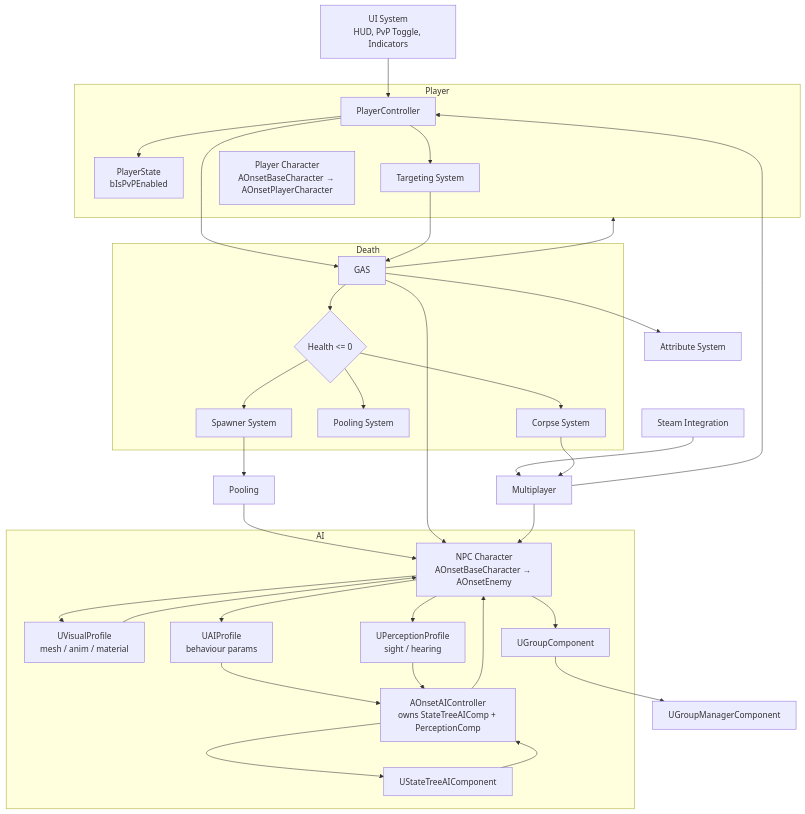
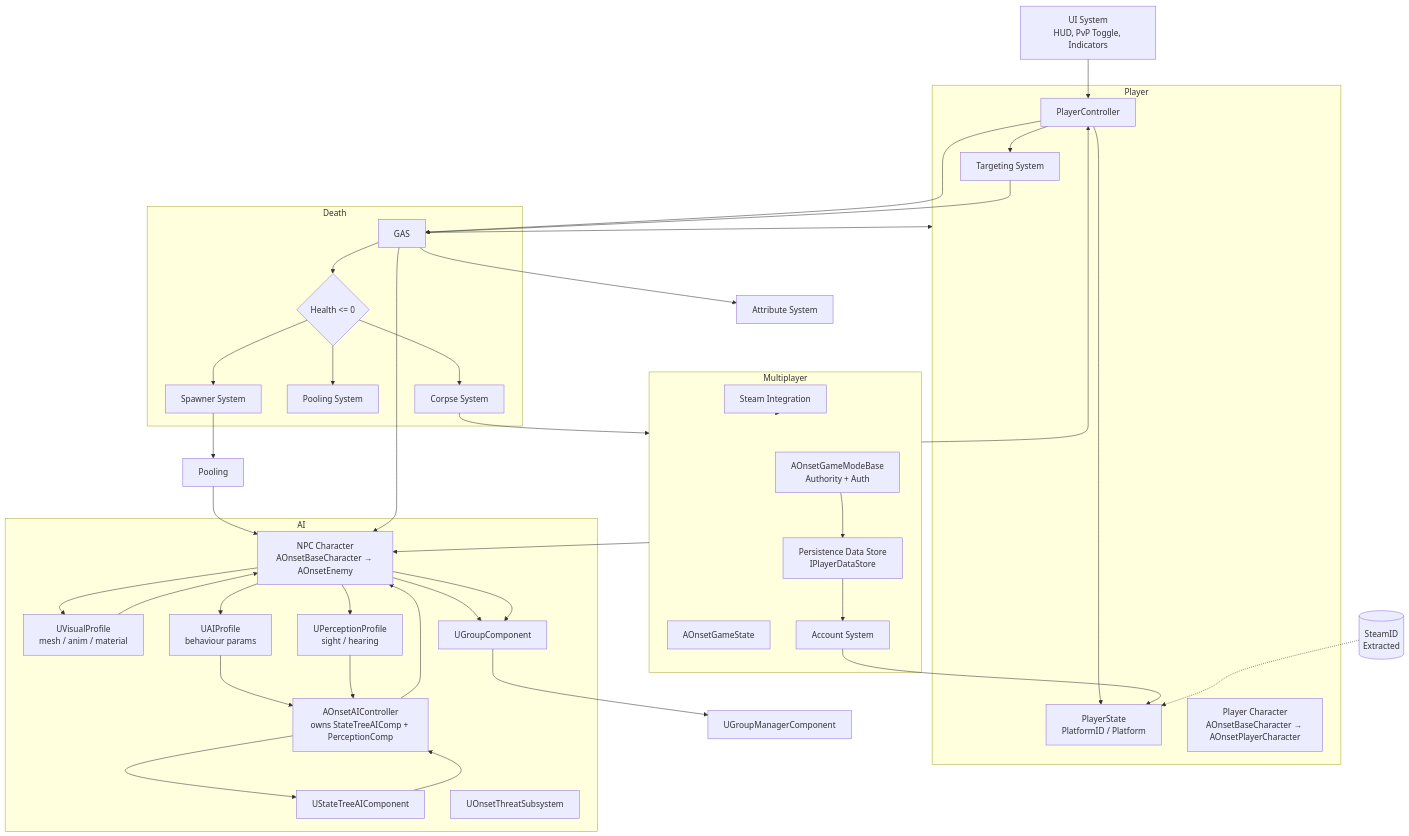
Before and after one commit to maximoh-mmo/PortfolioTutorial: the diagram in Docs/Architecture/Architecture Overview.md, drawn with Mermaid. The commit also changed other lines of this file and 10 other files, not shown here.

First line of the commit message:
docs: update architecture, multiplayer, steam, and planning docs for A5 completion

````diff
--- a/Docs/Architecture/Architecture Overview.md
+++ b/Docs/Architecture/Architecture Overview.md
@@ -26,57 +28,71 @@
 ```mermaid
 flowchart TD
     UI[UI System<br/>HUD, PvP Toggle, Indicators] --> PC[PlayerController]
     PC --> PS[PlayerState<br/>bIsPvPEnabled]
     PC --> Targeting[Targeting System]
     PC --> GAS
 
     Targeting --> GAS
     GAS --> Attributes[Attribute System]
 
     subgraph Player
         PC
         PS
         Targeting
         PlayerChar[Player Character<br/>AOnsetBaseCharacter → AOnsetPlayerCharacter]
     end
 
     subgraph AI
         NPC[NPC Character<br/>AOnsetBaseCharacter → AOnsetEnemy]
         AIC[AOnsetAIController<br/>owns StateTreeAIComp + PerceptionComp]
         STC[UStateTreeAIComponent]
         VisProfile[UVisualProfile<br/>mesh / anim / material]
         AIProfile[UAIProfile<br/>behaviour params]
         PercProfile[UPerceptionProfile<br/>sight / hearing]
         GComp[UGroupComponent]
+        Threat[UOnsetThreatSubsystem]
+    end
+
+    subgraph Multiplayer
+        GM[AOnsetGameModeBase<br/>Authority + Auth]
+        GS[AOnsetGameState]
+        Steam[Steam OSS<br/>Auth Tickets]
+        Persist[Persistence Data Store<br/>IPlayerDataStore]
+        Account[Account System]
     end
 
     Spawner --> Pooling
     Pooling --> NPC
     NPC --> VisProfile
     NPC --> AIProfile
     NPC --> PercProfile
+    NPC --> GComp
     NPC --> GComp
     GComp --> GManager[UGroupManagerComponent]
 
     VisProfile --> NPC
     AIProfile --> AIC
     PercProfile --> AIC
     AIC --> STC
     STC --> AIC
     AIC --> NPC
 
     GAS --> NPC
     GAS --> Player
 
     subgraph Death
         GAS --> DeathFork{Health <= 0}
         DeathFork --> Pool[Pooling System]
         DeathFork --> Corpse[Corpse System]
         DeathFork --> Spawner[Spawner System]
     end
 
     Steam[Steam Integration] --> Multiplayer
     Multiplayer --> PC
     Multiplayer --> NPC
     Corpse --> Multiplayer
+    Persist --> Account
+    Account --> PS[PlayerState<br/>PlatformID / Platform]
+    SteamSteamID[(SteamID\nExtracted)] -.-> PS
+    GM --> Persist
 ```
````
